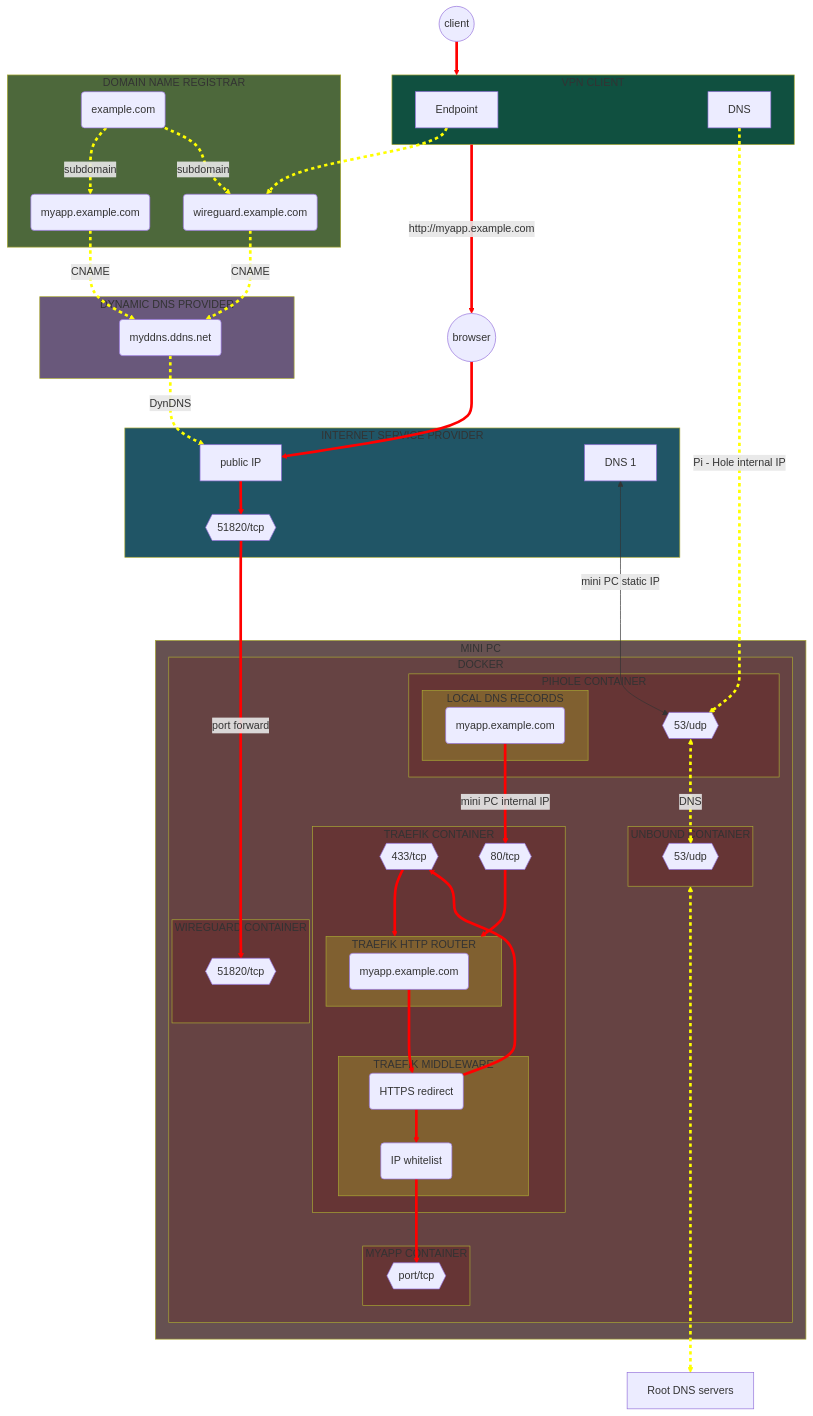
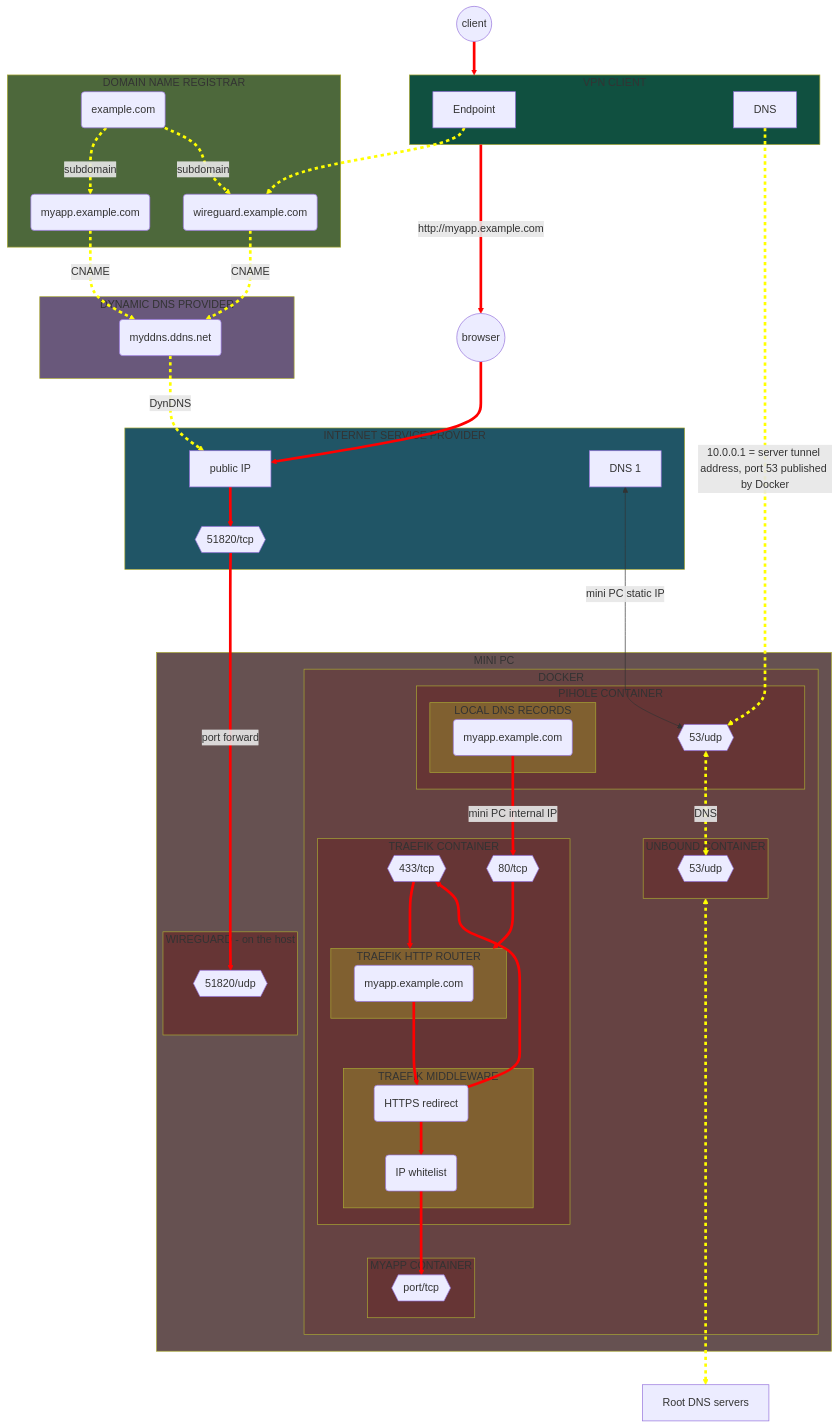
Before and after one commit to Yann39/self-hosted-n100: the ninth of 15 diagrams in README.md, drawn with Mermaid. The commit also changed other lines of this file and 9 other files, not shown here.

Commit message:
run wireguard on the host + removed wireguard-ui + added VPN connection speed latest tweaks

```diff
--- a/README.md
+++ b/README.md
@@ -2174,7 +2002,7 @@
     style TRAEFIK_CONTAINER fill: #663535
     style PIHOLE_CONTAINER fill: #663535
     style UNBOUND_CONTAINER fill: #663535
-    style WIREGUARD_CONTAINER fill: #663535
+    style WIREGUARD_HOST fill: #663535
     style MYAPP_CONTAINER fill: #663535
     style PIHOLE_DNS_RECORDS fill: #806030
     style TRAEFIK_ROUTER fill: #806030
@@ -2186,7 +2014,7 @@
     DDNS(myddns.ddns.net)
     ROUTER_PUBLIC_IP[public IP]
     ROUTER_PORT51820{{51820/tcp}}
-    WIREGUARD_PORT{{51820/tcp}}
+    WIREGUARD_PORT{{51820/udp}}
     ROUTER_DNS[DNS 1]
     DOCKER_PIHOLE_PORT53{{53/udp}}
     DOCKER_TRAEFIK_PORT443{{433/tcp}}
@@ -2226,10 +2054,6 @@
                 DOCKER_MYAPP_PORT
             end
 
-            subgraph WIREGUARD_CONTAINER[WIREGUARD CONTAINER]
-                WIREGUARD_PORT
-            end
-
             subgraph UNBOUND_CONTAINER[UNBOUND CONTAINER]
                 DOCKER_UNBOUND_PORT53
             end
@@ -2257,11 +2081,15 @@
 
         end
 
+        subgraph WIREGUARD_HOST[WIREGUARD - on the host]
+            WIREGUARD_PORT
+        end
+
     end
 
     CLIENT((client)) --> VPN_CLIENT
     WIREGUARD_CLIENT_ENDPOINT --> SUBDOMAIN_WIREGUARD
-    WIREGUARD_CLIENT_DNS -->|Pi - Hole internal IP| DOCKER_PIHOLE_PORT53
+    WIREGUARD_CLIENT_DNS -->|10.0.0.1 = server tunnel address, port 53 published by Docker| DOCKER_PIHOLE_PORT53
     VPN_CLIENT -->|" http://myapp.example.com "| BROWSER
     BROWSER((browser)) --> ROUTER_PUBLIC_IP
     DOMAIN -->|subdomain| SUBDOMAIN_MYAPP
```
